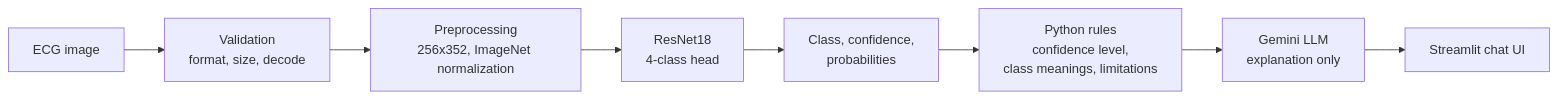
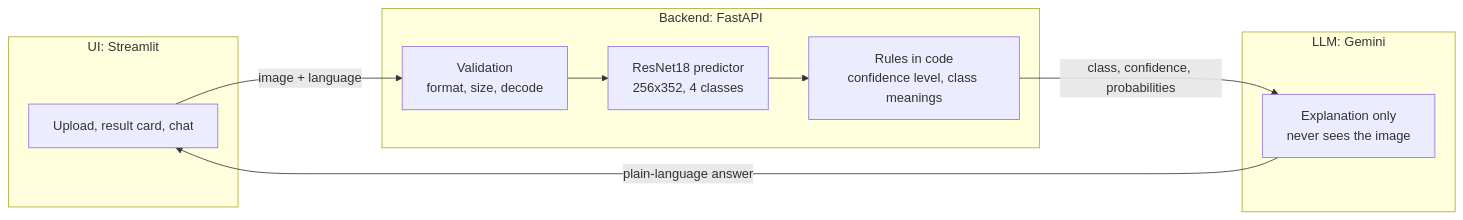
One commit to mahmudulhasan3/cardiolens-ai changed the diagram in README.md. Above: the diagram before and after it, drawn with Mermaid. The commit also changed other lines of this file and 3 other files, not shown here.

Commit message:
docs: redesign README with hero, badges, feature grid, architecture diagram and status table

````diff
--- a/README.md
+++ b/README.md
@@ -49,10 +74,16 @@
 ```mermaid
 flowchart LR
-    A["ECG image"] --> B["Validation<br/>format, size, decode"]
-    B --> C["Preprocessing<br/>256x352, ImageNet normalization"]
-    C --> D["ResNet18<br/>4-class head"]
-    D --> E["Class, confidence,<br/>probabilities"]
-    E --> F["Python rules<br/>confidence level,<br/>class meanings, limitations"]
-    F --> G["Gemini LLM<br/>explanation only"]
-    G --> H["Streamlit chat UI"]
+    subgraph ui ["UI: Streamlit"]
+        U["Upload, result card, chat"]
+    end
+    subgraph api ["Backend: FastAPI"]
+        V["Validation<br/>format, size, decode"] --> P["ResNet18 predictor<br/>256x352, 4 classes"]
+        P --> R["Rules in code<br/>confidence level, class meanings"]
+    end
+    subgraph llm ["LLM: Gemini"]
+        G["Explanation only<br/>never sees the image"]
+    end
+    U -- "image + language" --> V
+    R -- "class, confidence, probabilities" --> G
+    G -- "plain-language answer" --> U
 ```
````
